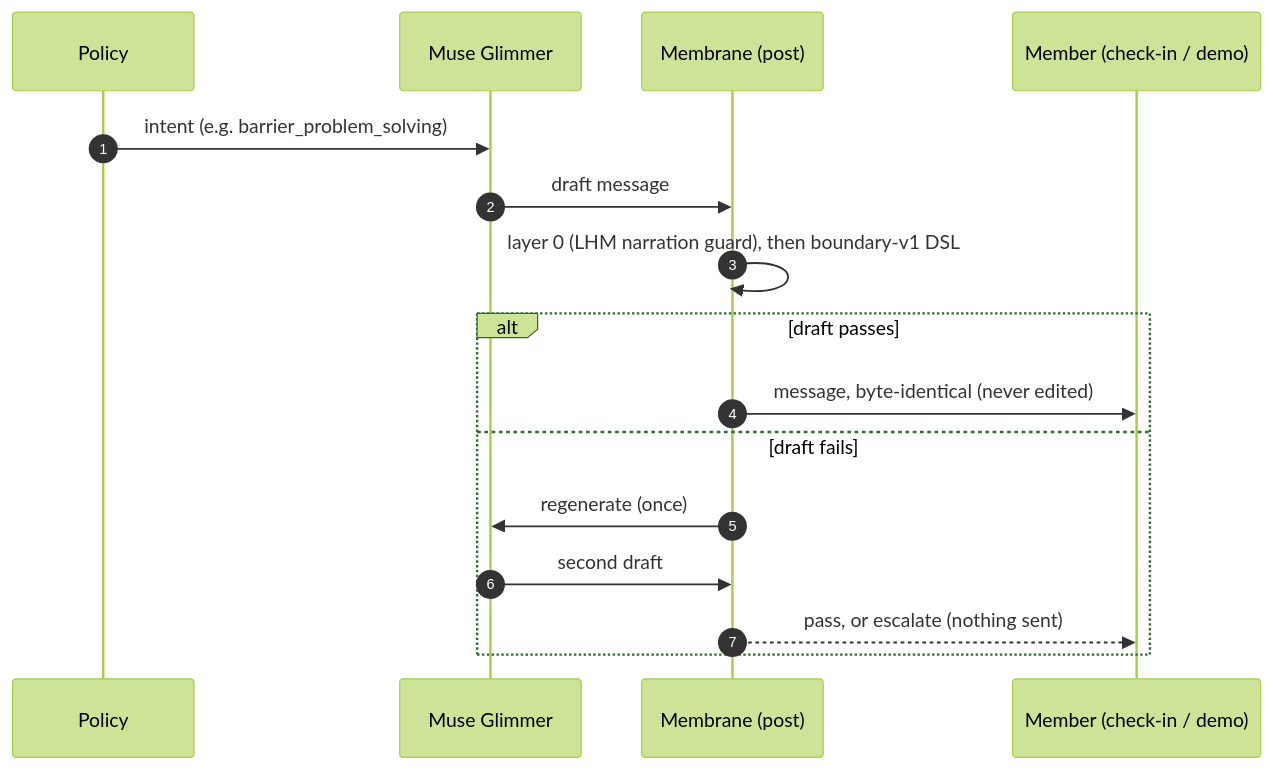
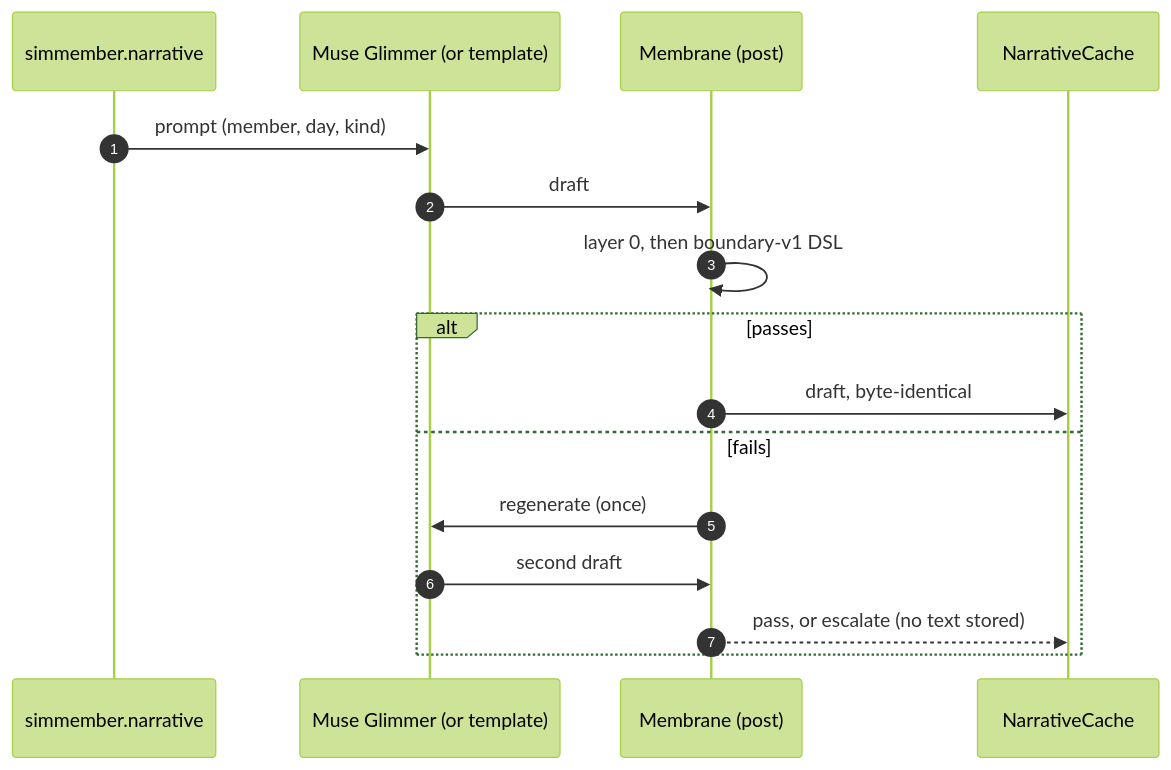
Before and after one commit to Syntropy-Health/longevity-memory-sdk: the third of 6 diagrams in README.md, drawn with Mermaid (forest theme). The commit also changed other lines of this file, not shown here.

First line of the commit message:
TASK-HAC-71 - main/cto for matt-mo: docs(readme): fix HAC-72 H2, check-in/narrative/env paths drawn as built

````diff
--- a/README.md
+++ b/README.md
@@ -71,18 +91,18 @@
 ```mermaid
 sequenceDiagram
     autonumber
-    participant Pol as Policy
-    participant LM as Muse Glimmer
+    participant Gen as simmember.narrative
+    participant LM as Muse Glimmer (or template)
     participant Mem as Membrane (post)
-    participant Out as Member (check-in / demo)
-    Pol->>LM: intent (e.g. barrier_problem_solving)
-    LM->>Mem: draft message
-    Mem->>Mem: layer 0 (LHM narration guard), then boundary-v1 DSL
-    alt draft passes
-        Mem->>Out: message, byte-identical (never edited)
-    else draft fails
+    participant Cache as NarrativeCache
+    Gen->>LM: prompt (member, day, kind)
+    LM->>Mem: draft
+    Mem->>Mem: layer 0, then boundary-v1 DSL
+    alt passes
+        Mem->>Cache: draft, byte-identical
+    else fails
         Mem->>LM: regenerate (once)
         LM->>Mem: second draft
-        Mem-->>Out: pass, or escalate (nothing sent)
+        Mem-->>Cache: pass, or escalate (no text stored)
     end
 ```
````
